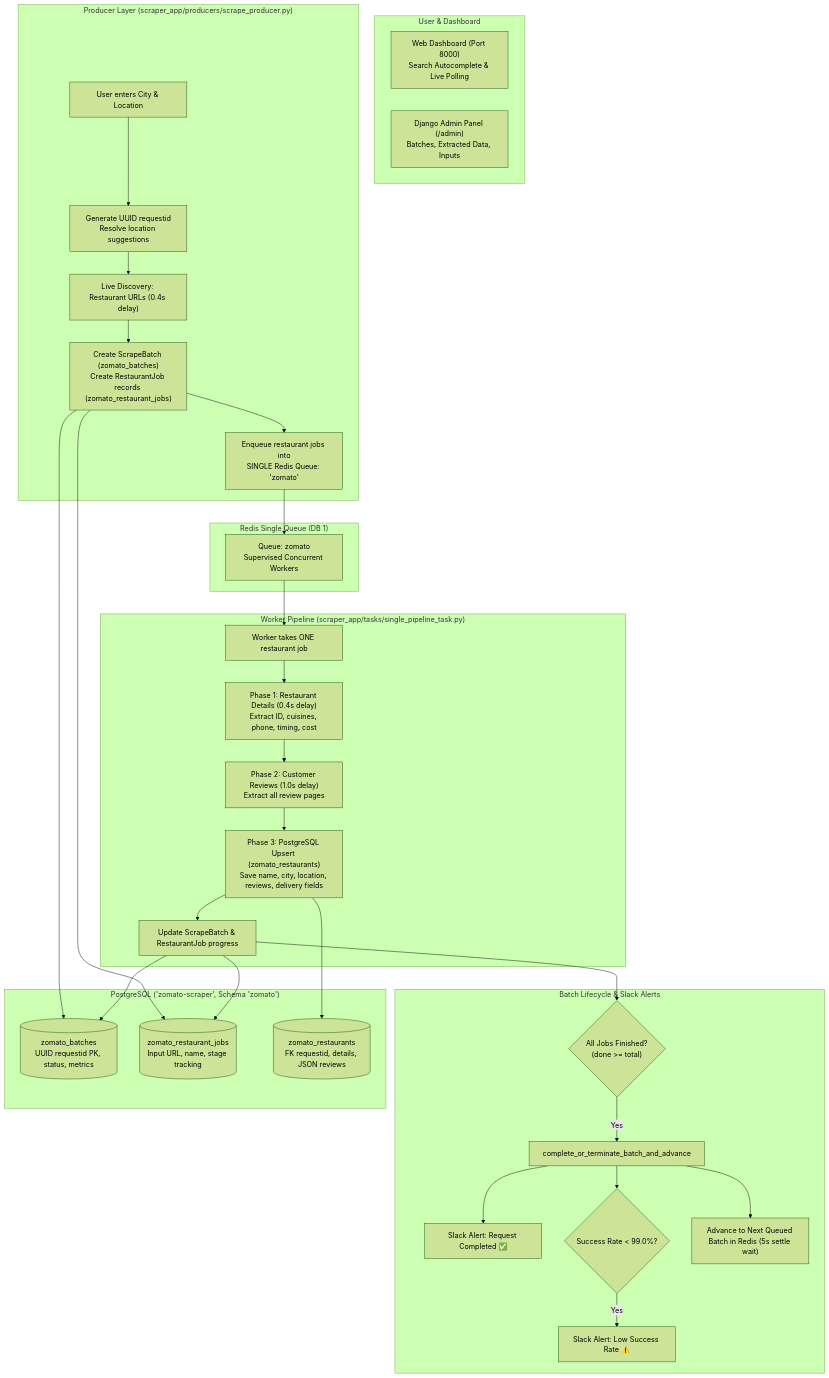
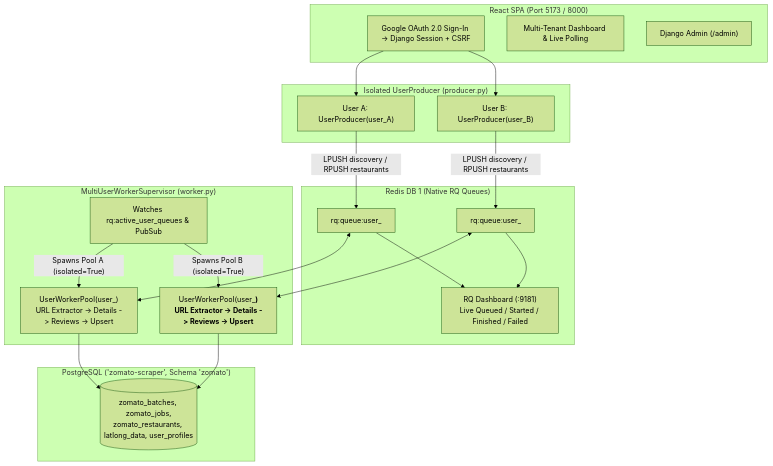
One commit to sekharchinta/zomato-scraper changed the diagram in README.md. Above: the diagram before and after it, drawn with Mermaid (forest theme). The commit also changed other lines of this file and 17 other files, not shown here.

Commit message:
Sync local improvements to main: native RQ queue visibility, RQ dashboard/worker fixes, isolated test Redis DB, CSRF/CORS config, README & consolidated tests

````diff
--- a/README.md
+++ b/README.md
@@ -35,41 +38,32 @@
 ```mermaid
 flowchart TD
-    subgraph Client["User & Dashboard"]
-        UI["Web Dashboard (Port 8000)\nSearch Autocomplete & Live Polling"]
-        Admin["Django Admin Panel (/admin)\nBatches, Extracted Data, Inputs"]
+    subgraph Client["React SPA (Port 5173 / 8000)"]
+        AUTH["Google OAuth 2.0 Sign-In -> Django Session + CSRF"]
+        UI["Multi-Tenant Dashboard & Live Polling"]
+        Admin["Django Admin (/admin)"]
     end
 
-    subgraph Producer["Producer Layer (scraper_app/producers/scrape_producer.py)"]
-        A["User enters City & Location"] --> B["Generate UUID requestid\nResolve location suggestions"]
-        B --> C["Live Discovery: Restaurant URLs (0.4s delay)"]
-        C --> D["Create ScrapeBatch (zomato_batches)\nCreate RestaurantJob records (zomato_restaurant_jobs)"]
-        D --> E["Enqueue restaurant jobs into\nSINGLE Redis Queue: 'zomato'"]
+    subgraph Producer["Isolated UserProducer (producer.py)"]
+        AUTH --> PA["User A: UserProducer(user_A)"]
+        AUTH --> PB["User B: UserProducer(user_B)"]
     end
 
-    subgraph SingleQueue["Redis Single Queue (DB 1)"]
-        E --> Q["Queue: zomato\nSupervised Concurrent Workers"]
+    subgraph Redis["Redis DB 1 (Native RQ Queues)"]
+        PA -->|"LPUSH discovery / RPUSH restaurants"| QA["rq:queue:user_<A>"]
+        PB -->|"LPUSH discovery / RPUSH restaurants"| QB["rq:queue:user_<B>"]
+        RQD["RQ Dashboard (:9181)\nLive Queued / Started / Finished / Failed"]
+        QA & QB --> RQD
     end
 
-    subgraph WorkerPipeline["Worker Pipeline (scraper_app/tasks/single_pipeline_task.py)"]
-        Q --> W["Worker takes ONE restaurant job"]
-        W --> P1["Phase 1: Restaurant Details (0.4s delay)\nExtract ID, cuisines, phone, timing, cost"]
-        P1 --> P2["Phase 2: Customer Reviews (1.0s delay)\nExtract all review pages"]
-        P2 --> P3["Phase 3: PostgreSQL Upsert (zomato_restaurants)\nSave name, city, location, reviews, delivery fields"]
-        P3 --> UPD["Update ScrapeBatch & RestaurantJob progress"]
+    subgraph Workers["MultiUserWorkerSupervisor (worker.py)"]
+        SUP["Watches rq:active_user_queues & PubSub"]
+        SUP -->|"Spawns Pool A (isolated=True)"| WA["UserWorkerPool(user_<A>)\nURL Extractor -> Details -> Reviews -> Upsert"]
+        SUP -->|"Spawns Pool B (isolated=True)"| WB["UserWorkerPool(user_<B>)\nURL Extractor -> Details -> Reviews -> Upsert"]
+        QA <--> WA
+        QB <--> WB
     end
 
-    subgraph Completion["Batch Lifecycle & Slack Alerts"]
-        UPD --> FIN{"All Jobs Finished?\n(done >= total)"}
-        FIN -->|Yes| ADV["complete_or_terminate_batch_and_advance"]
-        ADV --> ALERT1["Slack Alert: Request Completed ✅"]
-        ADV --> CHK{"Success Rate < 99.0%?"}
-        CHK -->|Yes| ALERT2["Slack Alert: Low Success Rate ⚠️"]
-        ADV --> NEXT["Advance to Next Queued Batch in Redis (5s settle wait)"]
-    end
-
-    subgraph Database["PostgreSQL ('zomato-scraper', Schema 'zomato')"]
-        D & UPD --> T1[("zomato_batches\nUUID requestid PK, status, metrics")]
-        D & UPD --> T2[("zomato_restaurant_jobs\nInput URL, name, stage tracking")]
-        P3 --> T3[("zomato_restaurants\nFK requestid, details, JSON reviews")]
+    subgraph Postgres["PostgreSQL ('zomato-scraper', Schema 'zomato')"]
+        WA & WB --> DB[("zomato_batches, zomato_jobs,\nzomato_restaurants, latlong_data, user_profiles")]
     end
 ```
````
